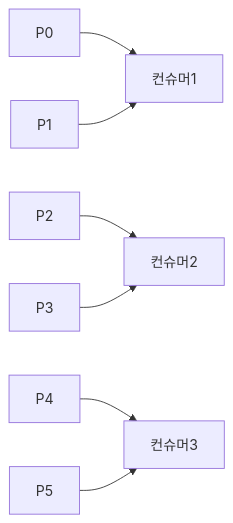
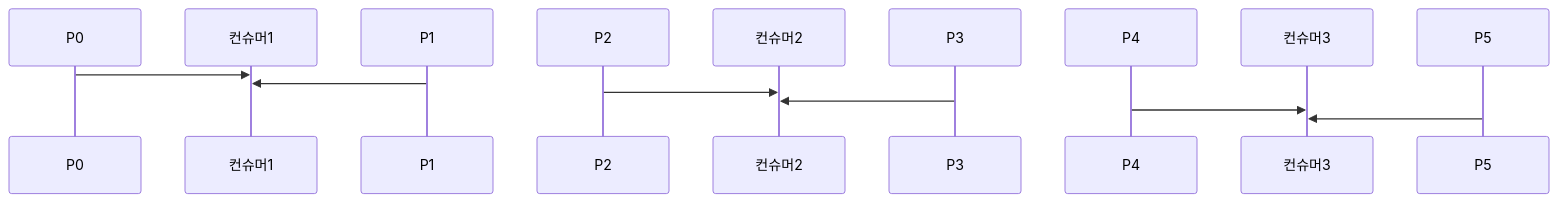
The fourth of 12 diagrams in _posts/kafka/2026-05-02-kafka-deep.md (yjkim2015/yjkim2015.github.io), drawn with Mermaid before and after one commit. The commit also changed other lines of this file and 89 other files, not shown here.

First line of the commit message:
복잡한 flowchart 163개 → sequenceDiagram 변환 (90파일)

````diff
--- a/_posts/kafka/2026-05-02-kafka-deep.md
+++ b/_posts/kafka/2026-05-02-kafka-deep.md
@@ -163,6 +164,9 @@
 ```mermaid
-graph LR
-    P0 & P1 --> C1["컨슈머1"]
-    P2 & P3 --> C2["컨슈머2"]
-    P4 & P5 --> C3["컨슈머3"]
+sequenceDiagram
+    P0->>컨슈머1: 
+    P1->>컨슈머1: 
+    P2->>컨슈머2: 
+    P3->>컨슈머2: 
+    P4->>컨슈머3: 
+    P5->>컨슈머3: 
 ```
````
